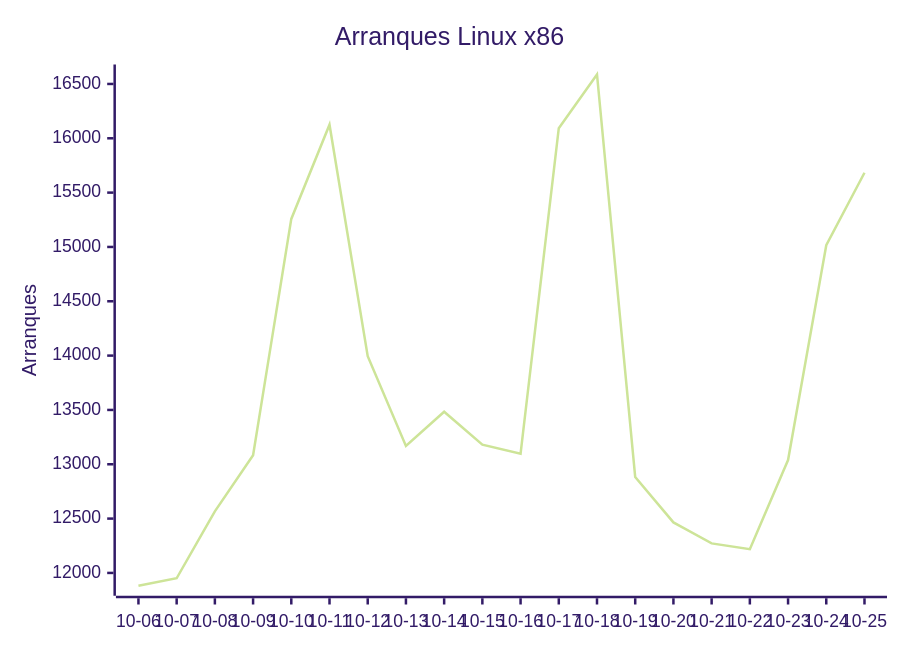
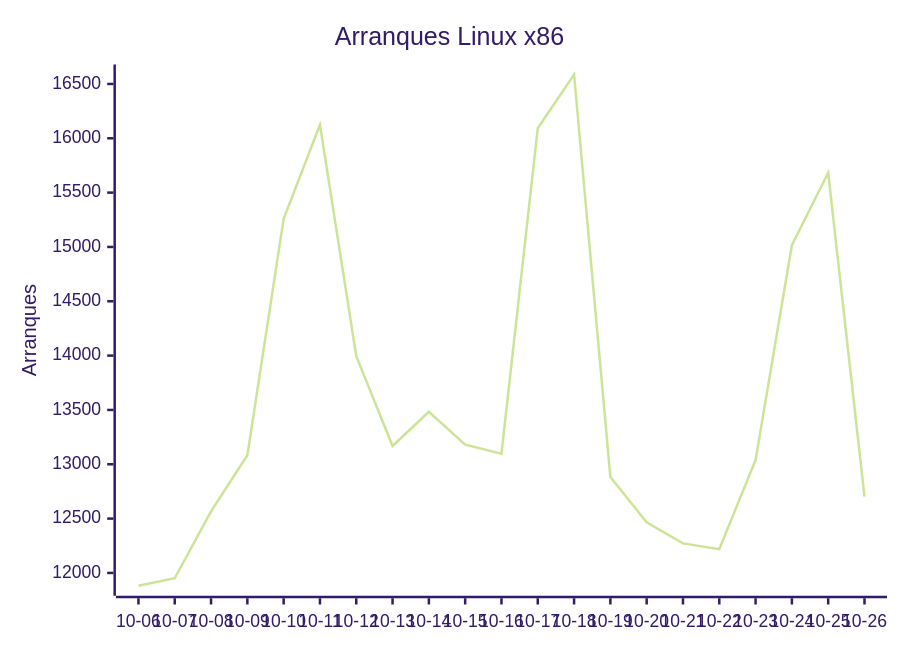
Before and after one commit to EmuDeck/stats: the first of 9 diagrams in README.md, drawn with Mermaid (forest theme). The commit also changed other lines of this file and 2 other files, not shown here.

````diff
--- a/README.md
+++ b/README.md
@@ -18,7 +18,7 @@
 ```mermaid
 xychart-beta
     title "Arranques Linux x86"
-    x-axis ["10-06", "10-07", "10-08", "10-09", "10-10", "10-11", "10-12", "10-13", "10-14", "10-15", "10-16", "10-17", "10-18", "10-19", "10-20", "10-21", "10-22", "10-23", "10-24", "10-25"]
+    x-axis ["10-06", "10-07", "10-08", "10-09", "10-10", "10-11", "10-12", "10-13", "10-14", "10-15", "10-16", "10-17", "10-18", "10-19", "10-20", "10-21", "10-22", "10-23", "10-24", "10-25", "10-26"]
     y-axis "Arranques"
-    line [11882, 11951, 12567, 13083, 15258, 16125, 13994, 13168, 13483, 13181, 13097, 16093, 16587, 12882, 12465, 12272, 12219, 13039, 15016, 15683]
+    line [11882, 11951, 12567, 13083, 15258, 16125, 13994, 13168, 13483, 13181, 13097, 16093, 16587, 12882, 12465, 12272, 12219, 13039, 15016, 15683, 12702]
 ```
````
